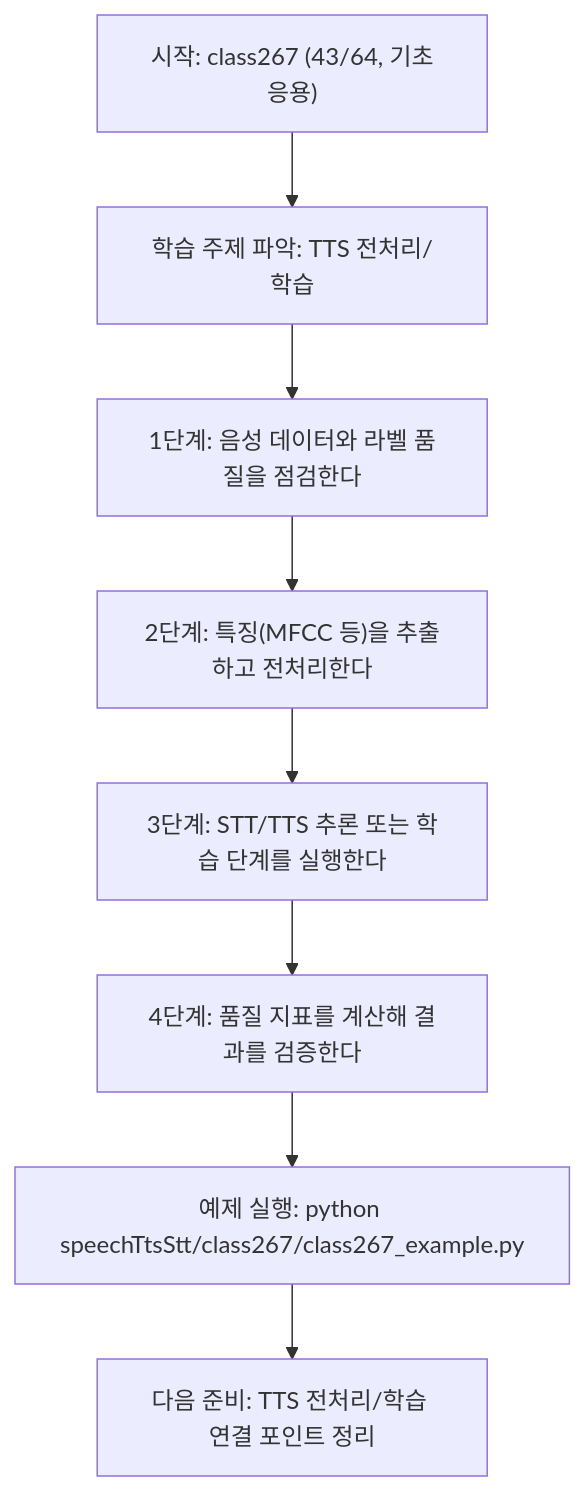
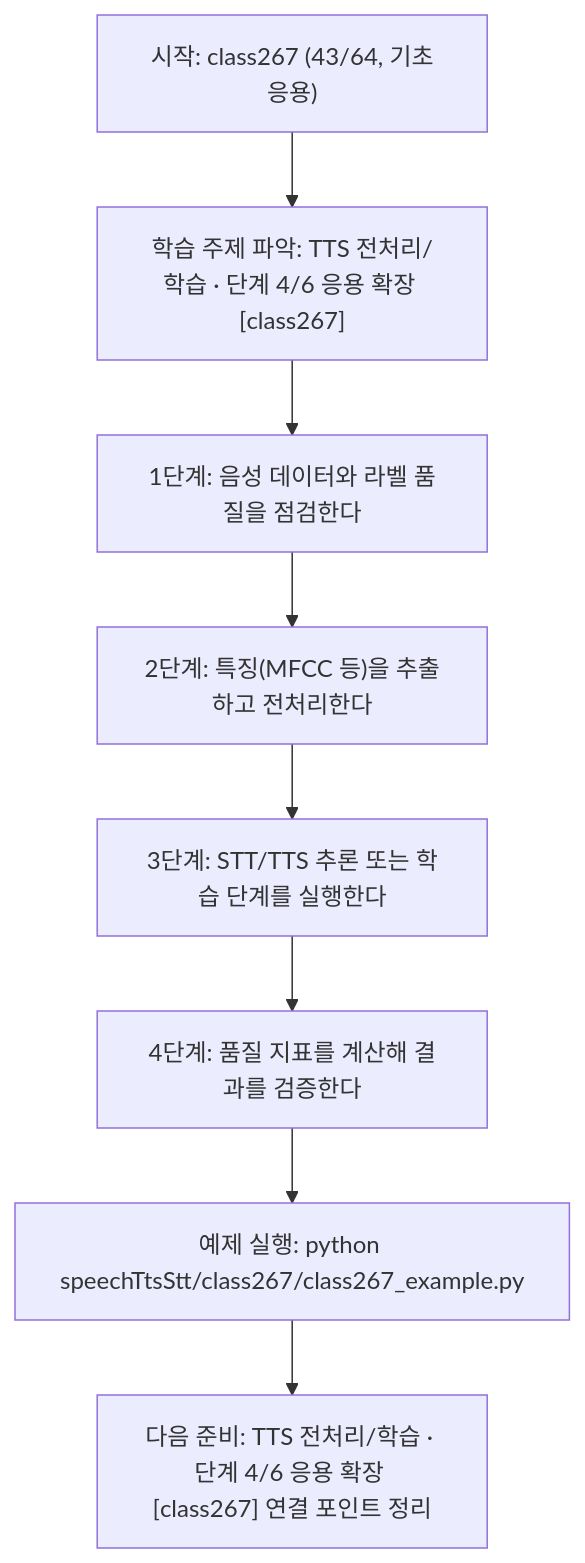
One commit to edumgt/Python-AI_Agent-Class changed the diagram in speechTtsStt/class267/class267.md. Above: the diagram before and after it, drawn with Mermaid. The commit also changed other lines of this file and 522 other files, not shown here.

````diff
--- a/speechTtsStt/class267/class267.md
+++ b/speechTtsStt/class267/class267.md
@@ -113,18 +114,18 @@
 ```mermaid
 flowchart TD
 N1["시작: class267 (43/64, 기초응용)"]
-N2["학습 주제 파악: TTS 전처리/학습"]
+N2["학습 주제 파악: TTS 전처리/학습 · 단계 4/6 응용 확장 [class267]"]
 N3["1단계: 음성 데이터와 라벨 품질을 점검한다"]
 N4["2단계: 특징(MFCC 등)을 추출하고 전처리한다"]
 N5["3단계: STT/TTS 추론 또는 학습 단계를 실행한다"]
 N6["4단계: 품질 지표를 계산해 결과를 검증한다"]
 N7["예제 실행: python speechTtsStt/class267/class267_example.py"]
-N8["다음 준비: TTS 전처리/학습 연결 포인트 정리"]
+N8["다음 준비: TTS 전처리/학습 · 단계 4/6 응용 확장 [class267] 연결 포인트 정리"]
 N1 --> N2
 N2 --> N3
 N3 --> N4
 N4 --> N5
 N5 --> N6
 N6 --> N7
 N7 --> N8
 ```
````
